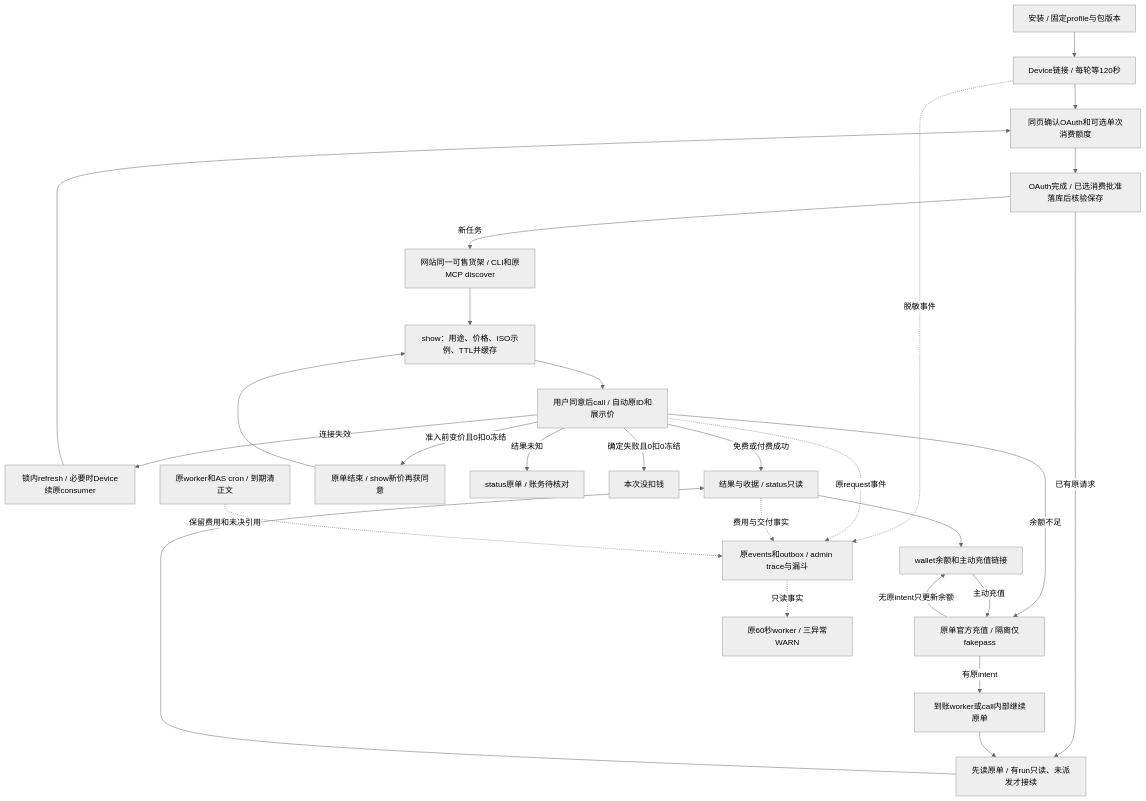
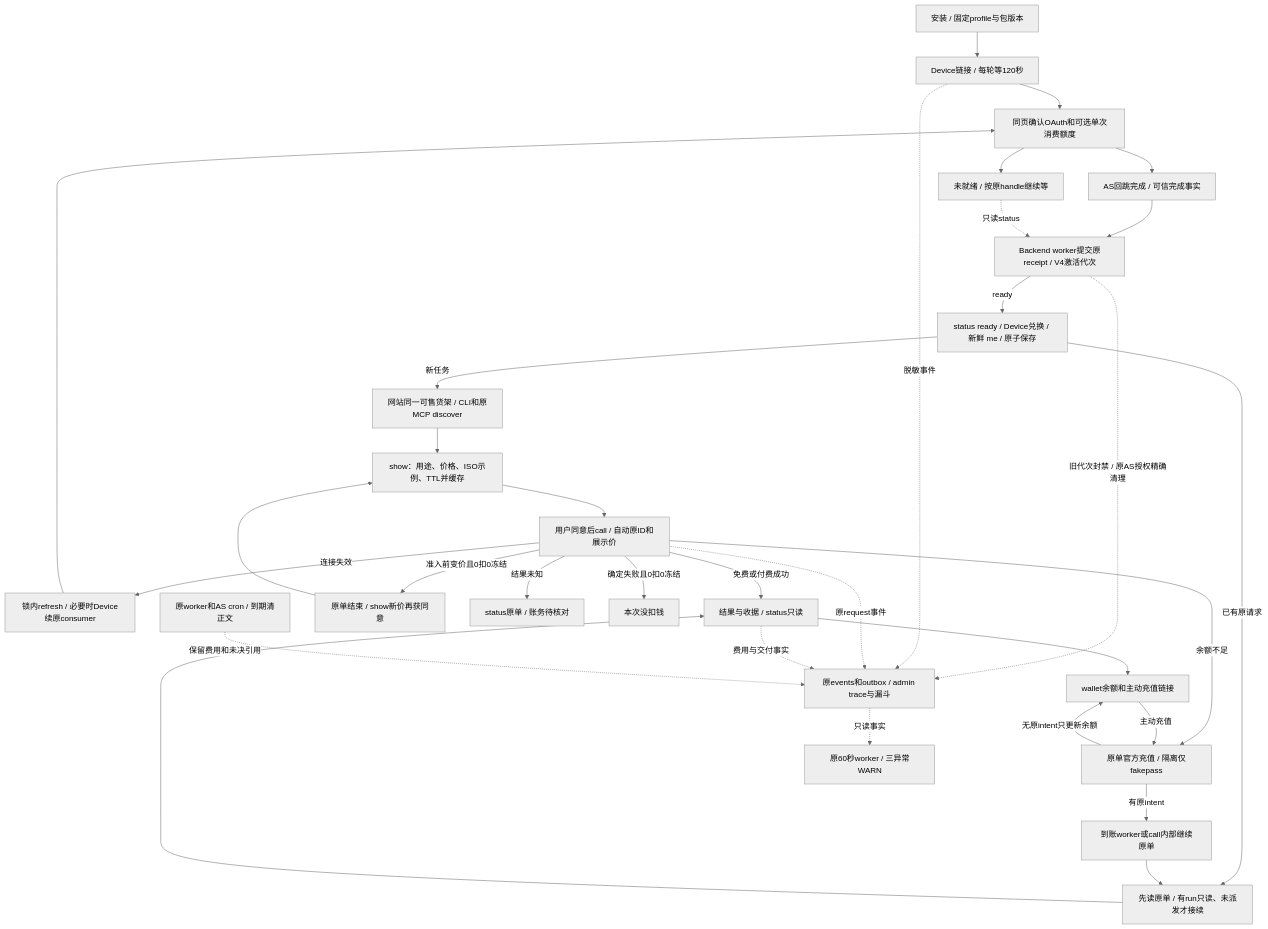
The diagram in README.md (itpay-ai/cli), drawn with Mermaid (neutral theme) before and after one commit. The commit also changed 2 other files, not shown here.

Commit message:
docs: clarify device exchange readiness

````diff
--- a/README.md
+++ b/README.md
@@ -5,29 +5,34 @@
 ```mermaid
 flowchart TD
  A01[安装 / 固定profile与包版本] --> A02[Device链接 / 每轮等120秒]
  A02 --> A03[同页确认OAuth和可选单次消费额度]
- A03 --> A04[OAuth完成 / 已选消费批准落库后核验保存]
+ A03 --> AS[AS回跳完成 / 可信完成事实]
+ AS --> HC[Backend worker提交原receipt / V4激活代次]
  A04 -->|新任务| B01[网站同一可售货架 / CLI和原MCP discover]
  B01 --> B02[show：用途、价格、ISO示例、TTL并缓存]
  B02 --> B03[用户同意后call / 自动原ID和展示价]
  B03 -->|连接失效| A05[锁内refresh / 必要时Device续原consumer]
  A05 --> A03
+ HC -.旧代次封禁 / 原AS授权精确清理.-> O01
+ A03 --> PENDING[未就绪 / 按原handle继续等]
+ HC -->|ready| A04[status ready / Device兑换 / 新鲜 me / 原子保存]
+ PENDING -.只读status.-> HC
  A04 -->|已有原请求| B04[先读原单 / 有run只读、未派发才接续]
  B04 --> R[结果与收据 / status只读]
  B03 -->|免费或付费成功| R
  B03 -->|余额不足| T[原单官方充值 / 隔离仅fakepass]
  T -->|有原intent| W[到账worker或call内部继续原单]
  W --> B04
  B03 -->|准入前变价且0扣0冻结| N[原单结束 / show新价再获同意]
  N --> B02
  B03 -->|结果未知| U[status原单 / 账务待核对]
  B03 -->|确定失败且0扣0冻结| F[本次没扣钱]
  R --> V[wallet余额和主动充值链接]
  V -->|主动充值| T
  T -->|无原intent只更新余额| V
  A02 -.脱敏事件.-> O01[原events和outbox / admin trace与漏斗]
  B03 -.原request事件.-> O01
  R -.费用与交付事实.-> O01
  O01 -.只读事实.-> O02[原60秒worker / 三异常WARN]
  O03[原worker和AS cron / 到期清正文] -.保留费用和未决引用.-> O01
 ```
````
